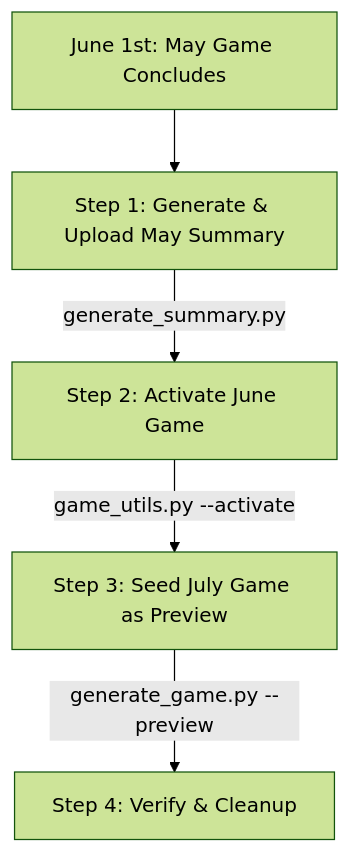
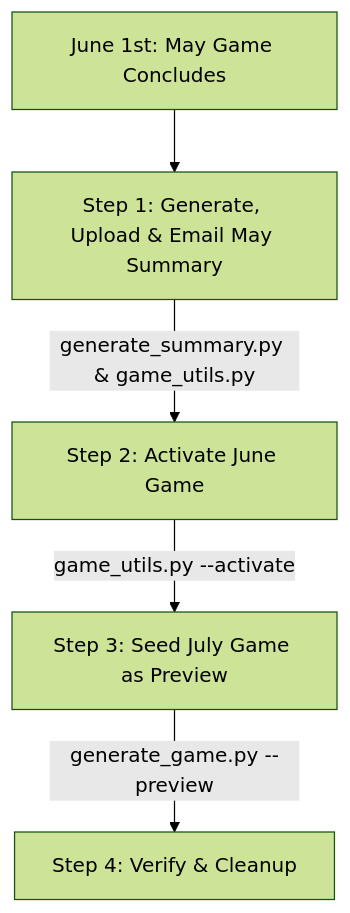
One commit to lucienve/geodashing-v2 changed the diagram in docs/game_rollover.md. Above: the diagram before and after it, drawn with Mermaid (forest theme). The commit also changed other lines of this file and 6 other files, not shown here.

First line of the commit message:
feat: add end-of-month game summary emailing.

````diff
--- a/docs/game_rollover.md
+++ b/docs/game_rollover.md
@@ -18,7 +18,7 @@
 ```mermaid
 graph TD
-    A[June 1st: May Game Concludes] --> B[Step 1: Generate & Upload May Summary]
-    B -->|generate_summary.py| C[Step 2: Activate June Game]
+    A[June 1st: May Game Concludes] --> B[Step 1: Generate, Upload & Email May Summary]
+    B -->|generate_summary.py & game_utils.py| C[Step 2: Activate June Game]
     C -->|game_utils.py --activate| D[Step 3: Seed July Game as Preview]
     D -->|generate_game.py --preview| E[Step 4: Verify & Cleanup]
 ```
````
